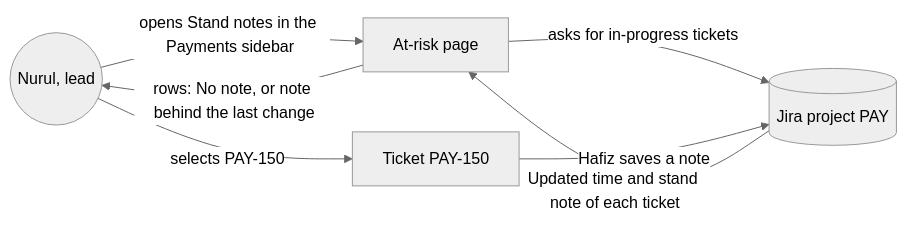
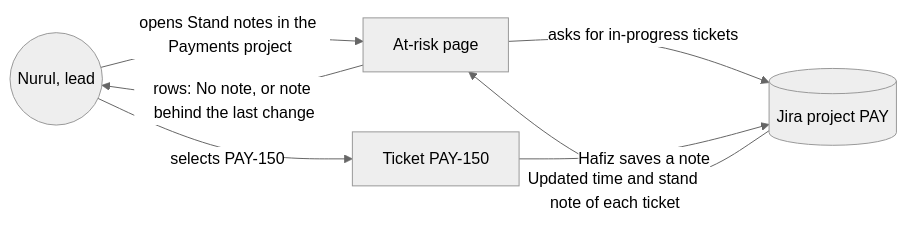
Before and after one commit to dzaffren/dogear: the first of 3 diagrams in docs/specs/at-risk-list.md, drawn with Mermaid (neutral theme). The commit also changed other lines of this file, not shown here.

Commit message:
docs(spec): write pause 2 of at-risk-list

````diff
--- a/docs/specs/at-risk-list.md
+++ b/docs/specs/at-risk-list.md
@@ -36,9 +36,9 @@
 ```mermaid
 flowchart LR
-    N((Nurul, lead)) -- "opens Stand notes in the Payments sidebar" --> P[At-risk page]
+    N((Nurul, lead)) -- "opens Stand notes in the Payments project" --> P[At-risk page]
     P -- "asks for in-progress tickets" --> J[(Jira project PAY)]
     J -- "Updated time and stand note of each ticket" --> P
     P -- "rows: No note, or note behind the last change" --> N
     N -- "selects PAY-150" --> T[Ticket PAY-150]
     T -- "Hafiz saves a note" --> J
 ```
````
